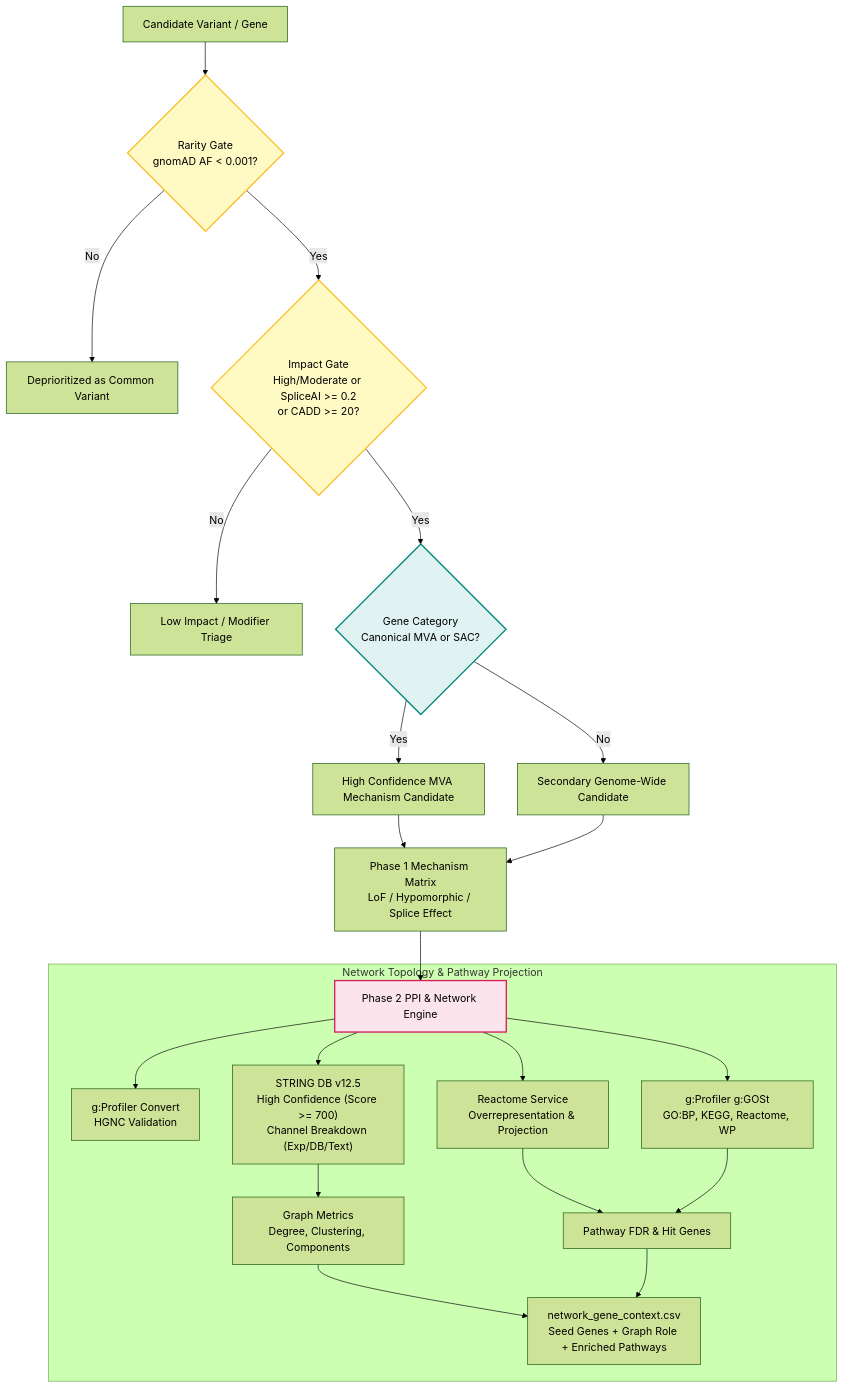
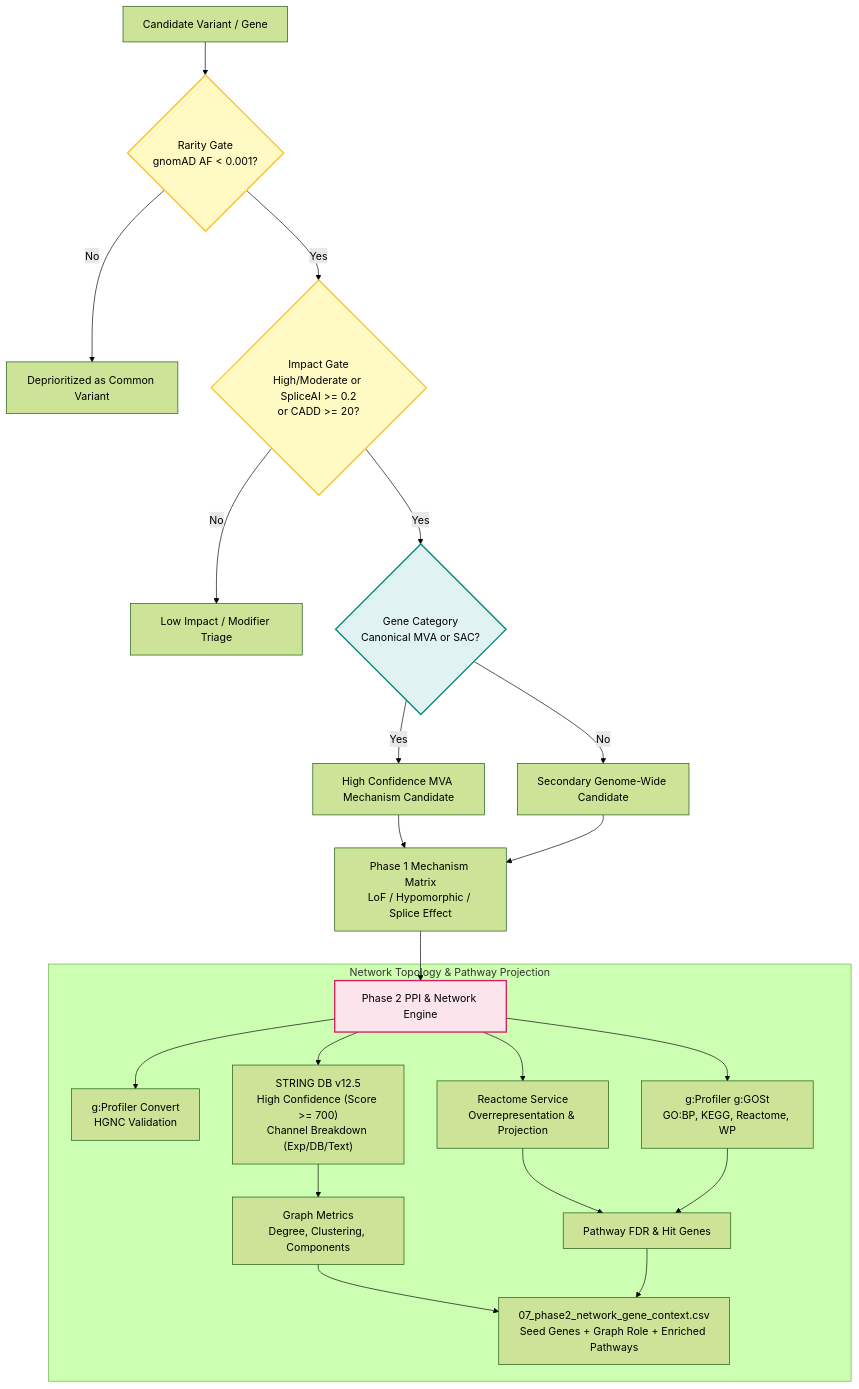
One commit to kaylaque/mva-hackathon changed the second of 2 diagrams in docs/JOURNEY.md. Above: the diagram before and after it, drawn with Mermaid (forest theme). The commit also changed other lines of this file and 11 other files, not shown here.

````diff
--- a/docs/JOURNEY.md
+++ b/docs/JOURNEY.md
@@ -127,33 +286,33 @@
 ```mermaid
 graph TD
     classDef gateClass fill:#fff9c4,stroke:#fbc02d,stroke-width:2px;
     classDef decisionClass fill:#e0f2f1,stroke:#00897b,stroke-width:2px;
     classDef netClass fill:#fce4ec,stroke:#d81b60,stroke-width:2px;
 
     Candidate["Candidate Variant / Gene"] --> GateRarity{"Rarity Gate<br/>gnomAD AF < 0.001?"}:::gateClass
 
     GateRarity -- No --> Deprioritize["Deprioritized as Common Variant"]
     GateRarity -- Yes --> GateImpact{"Impact Gate<br/>High/Moderate or SpliceAI >= 0.2<br/>or CADD >= 20?"}:::gateClass
 
     GateImpact -- No --> VUS["Low Impact / Modifier Triage"]
     GateImpact -- Yes --> GateCategory{"Gene Category<br/>Canonical MVA or SAC?"}:::decisionClass
 
     GateCategory -- Yes --> HighPriority["High Confidence MVA Mechanism Candidate"]
     GateCategory -- No --> SecondaryPriority["Secondary Genome-Wide Candidate"]
 
     HighPriority & SecondaryPriority --> Phase1Matrix["Phase 1 Mechanism Matrix<br/>LoF / Hypomorphic / Splice Effect"]
 
     Phase1Matrix --> Phase2Engine["Phase 2 PPI & Network Engine"]:::netClass
 
     subgraph Network_Context_Integration ["Network Topology & Pathway Projection"]
         Phase2Engine --> gConvert["g:Profiler Convert<br/>HGNC Validation"]
         Phase2Engine --> StringAPI["STRING DB v12.5<br/>High Confidence (Score >= 700)<br/>Channel Breakdown (Exp/DB/Text)"]
         Phase2Engine --> ReactomeAPI["Reactome Service<br/>Overrepresentation & Projection"]
         Phase2Engine --> gOSTAPI["g:Profiler g:GOSt<br/>GO:BP, KEGG, Reactome, WP"]
 
         StringAPI --> Topology["Graph Metrics<br/>Degree, Clustering, Components"]
         ReactomeAPI & gOSTAPI --> Enrichment["Pathway FDR & Hit Genes"]
 
-        Topology & Enrichment --> ContextSynthesis["network_gene_context.csv<br/>Seed Genes + Graph Role + Enriched Pathways"]
+        Topology & Enrichment --> ContextSynthesis["07_phase2_network_gene_context.csv<br/>Seed Genes + Graph Role + Enriched Pathways"]
     end
 ```
````
